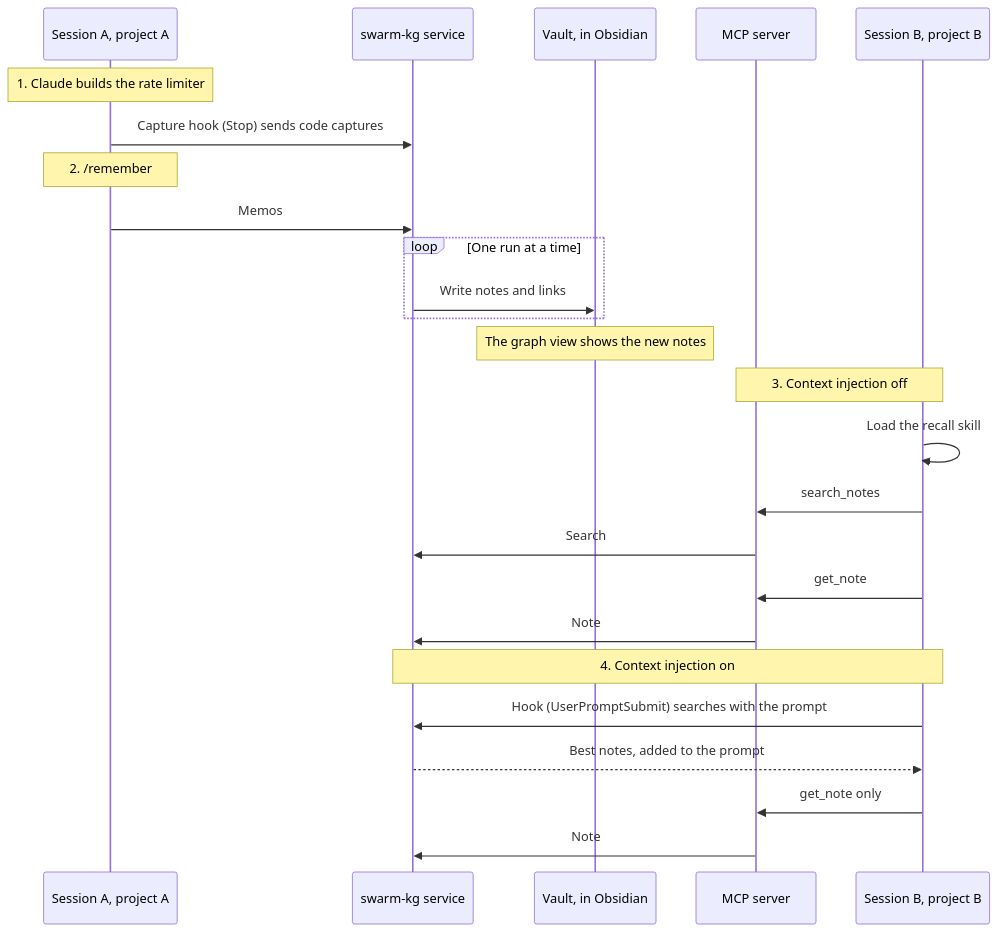
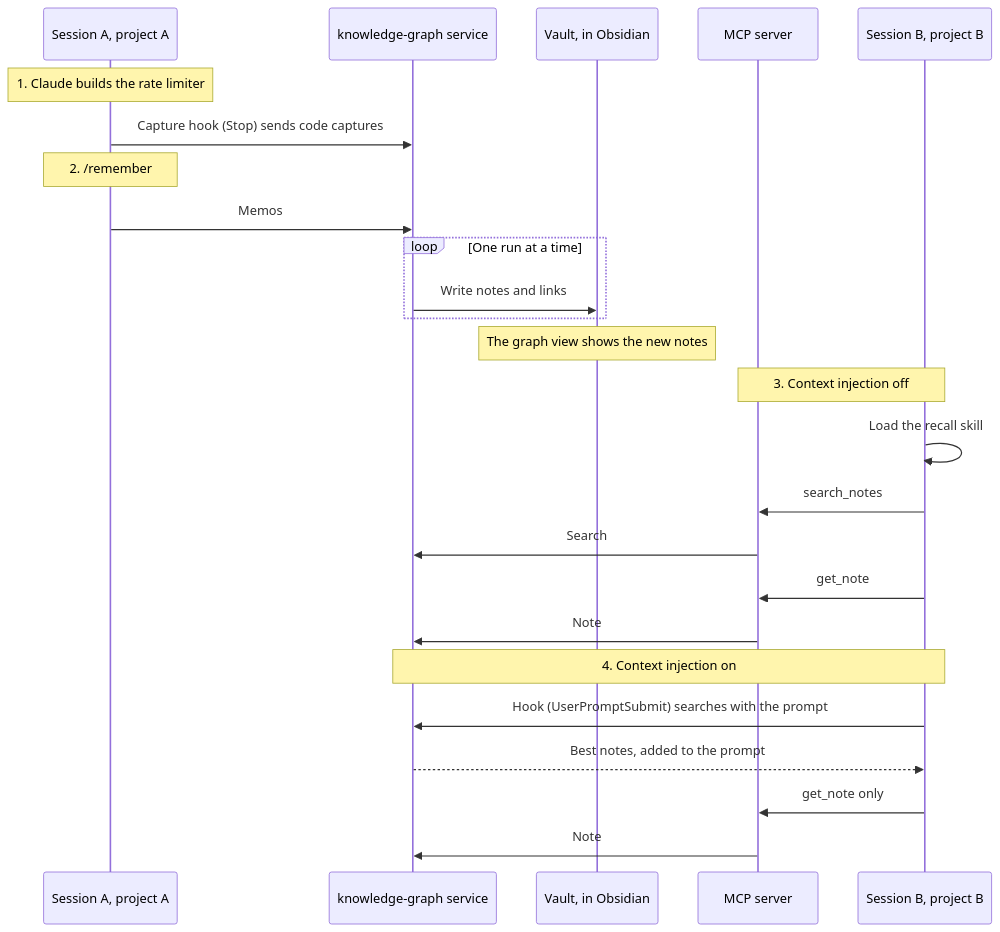
Before and after one commit to lukewoodcock/knowledge-graph: the diagram in demo/SCRIPT.md, drawn with Mermaid. The commit also changed other lines of this file and 38 other files, not shown here.

Commit message:
chore: rename swarm-kg to knowledge-graph (#22)

````diff
--- a/demo/SCRIPT.md
+++ b/demo/SCRIPT.md
@@ -9,28 +9,28 @@
 ```mermaid
 sequenceDiagram
   participant A as Session A, project A
-  participant S as swarm-kg service
+  participant S as knowledge-graph service
   participant V as Vault, in Obsidian
   participant M as MCP server
   participant B as Session B, project B
 
   Note over A: 1. Claude builds the rate limiter
   A->>S: Capture hook (Stop) sends code captures
   Note over A: 2. /remember
   A->>S: Memos
   loop One run at a time
     S->>V: Write notes and links
   end
   Note over V: The graph view shows the new notes
   Note over M,B: 3. Context injection off
   B->>B: Load the recall skill
   B->>M: search_notes
   M->>S: Search
   B->>M: get_note
   M->>S: Note
   Note over S,B: 4. Context injection on
   B->>S: Hook (UserPromptSubmit) searches with the prompt
   S-->>B: Best notes, added to the prompt
   B->>M: get_note only
   M->>S: Note
 ```
````
